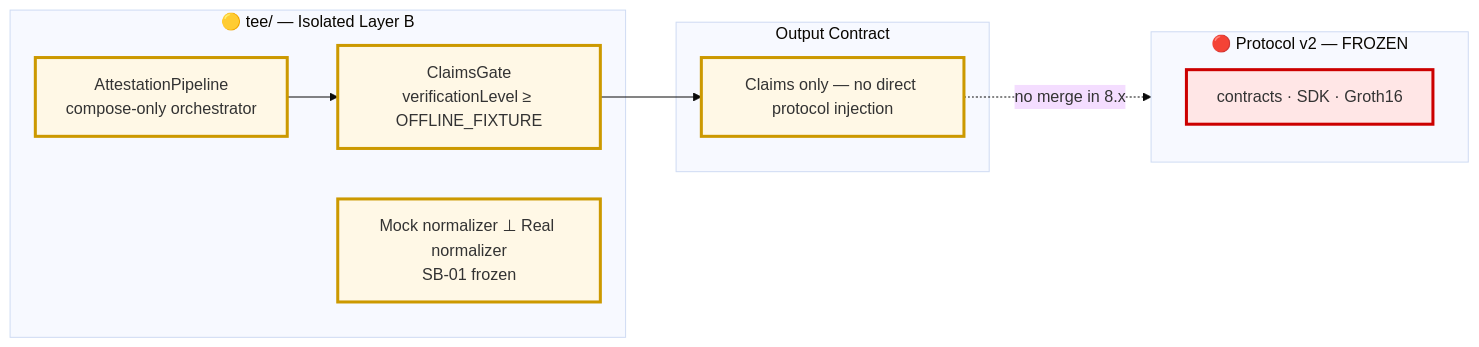
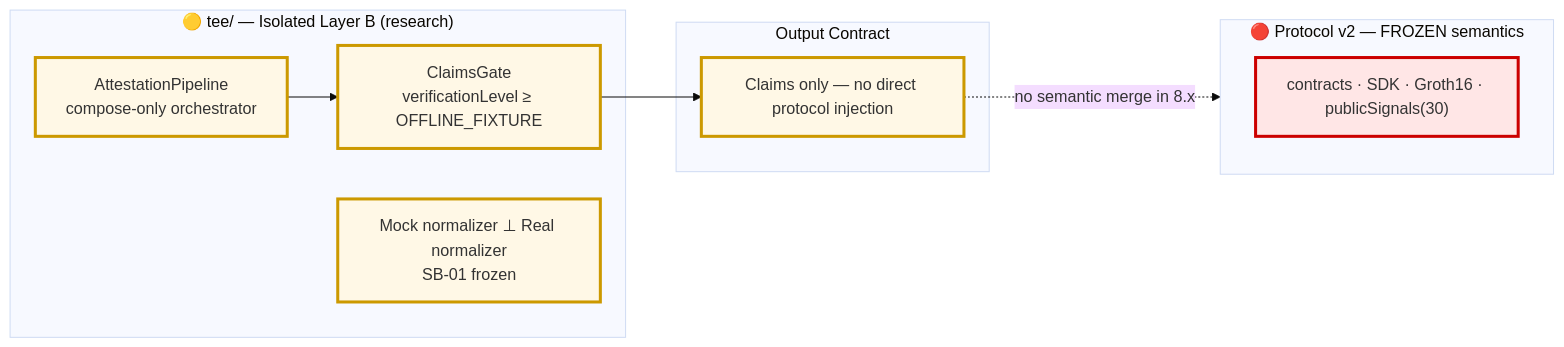
Before and after one commit to zenoamo/AegisProof-v2: the eighth of 9 diagrams in docs/architecture/aegisproof-v2-full-architecture.md, drawn with Mermaid (base theme). The commit also changed other lines of this file and 12 other files, not shown here.

Commit message:
docs: repair architecture and security documentation consistency

````diff
--- a/docs/architecture/aegisproof-v2-full-architecture.md
+++ b/docs/architecture/aegisproof-v2-full-architecture.md
@@ -469,25 +494,25 @@
 ```mermaid
 flowchart LR
-  subgraph PROTO_V2["🔴 Protocol v2 — FROZEN"]
-    PV2["contracts · SDK · Groth16"]
+  subgraph PROTO_V2["🔴 Protocol v2 — FROZEN semantics"]
+    PV2["contracts · SDK · Groth16 · publicSignals(30)"]
   end
 
-  subgraph TEE_LAYER["🟡 tee/ — Isolated Layer B"]
+  subgraph TEE_LAYER["🟡 tee/ — Isolated Layer B (research)"]
     PIPE["AttestationPipeline<br/>compose-only orchestrator"]
     GATE["ClaimsGate<br/>verificationLevel ≥ OFFLINE_FIXTURE"]
     MOCK["Mock normalizer ⊥ Real normalizer<br/>SB-01 frozen"]
   end
 
   subgraph OUTPUT["Output Contract"]
     CLAIMS["Claims only — no direct protocol injection"]
   end
 
   PIPE --> GATE --> CLAIMS
-  CLAIMS -.->|"no merge in 8.x"| PROTO_V2
+  CLAIMS -.->|"no semantic merge in 8.x"| PROTO_V2
 
   classDef frozen fill:#ffe6e6,stroke:#cc0000,stroke-width:3px
   classDef tee fill:#fff8e6,stroke:#cc9900,stroke-width:3px
 
   class PV2 frozen
   class PIPE,GATE,MOCK,CLAIMS tee
 ```
````
